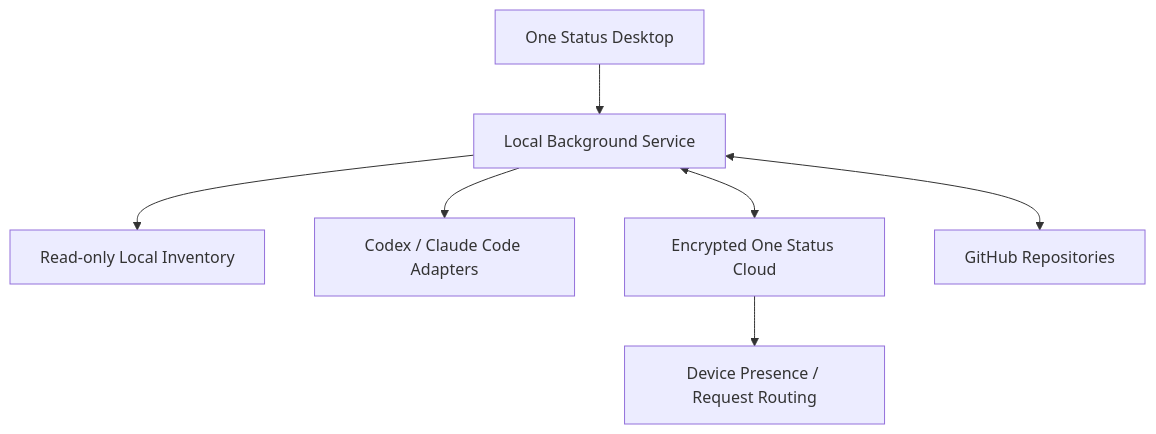
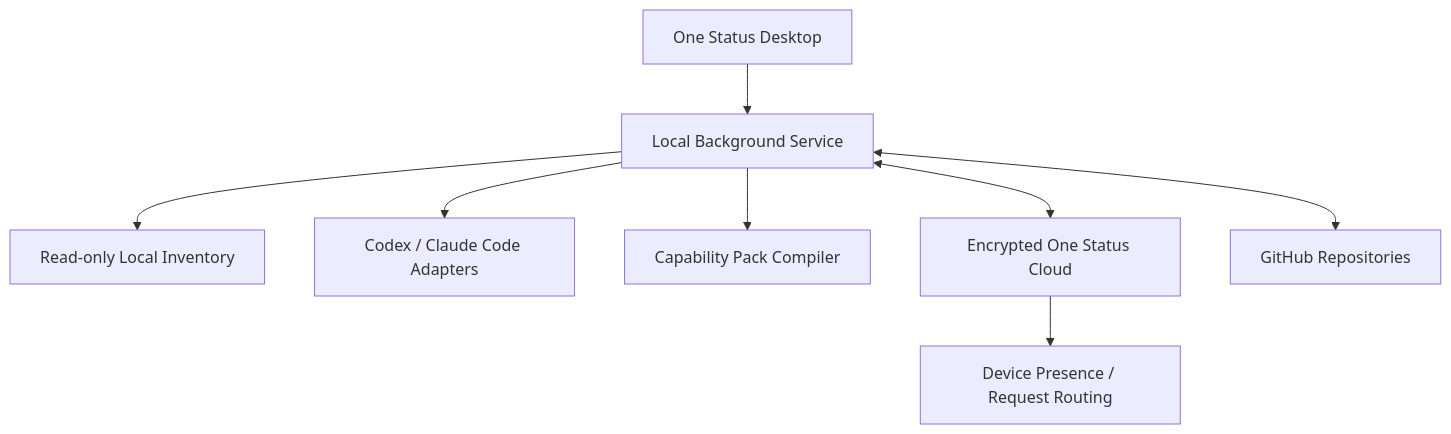
One commit to niyuxuan782/one-status changed the diagram in docs/product-architecture.md. Above: the diagram before and after it, drawn with Mermaid. The commit also changed other lines of this file and 76 other files, not shown here.

````diff
--- a/docs/product-architecture.md
+++ b/docs/product-architecture.md
@@ -13,9 +13,10 @@
 ```mermaid
 flowchart TD
     Desktop["One Status Desktop"] --> Local["Local Background Service"]
     Local --> Inventory["Read-only Local Inventory"]
     Local --> Adapters["Codex / Claude Code Adapters"]
+    Local --> Packs["Capability Pack Compiler"]
     Local <--> Cloud["Encrypted One Status Cloud"]
     Local <--> GitHub["GitHub Repositories"]
     Cloud --> Presence["Device Presence / Request Routing"]
 ```
````
